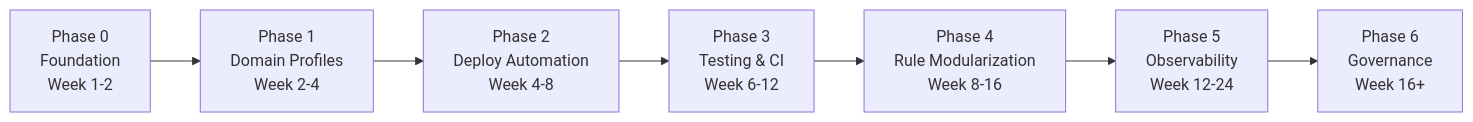
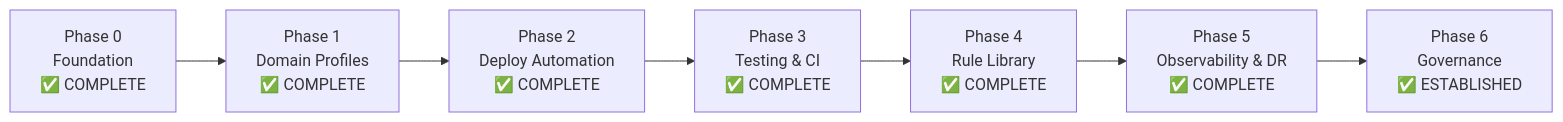
One commit to atenatiwosgetachew1-ET/Linkx-Backend_Beta_v1 changed the second of 2 diagrams in docs/multi_domain_development_strategy.md. Above: the diagram before and after it, drawn with Mermaid. The commit also changed other lines of this file and 10 other files, not shown here.

First line of the commit message:
phase-5-and-6: observability, disaster recovery, and multi-domain governance

````diff
--- a/docs/multi_domain_development_strategy.md
+++ b/docs/multi_domain_development_strategy.md
@@ -590,9 +594,9 @@
 ```mermaid
 flowchart LR
-    P0["Phase 0\nFoundation\nWeek 1-2"] --> P1["Phase 1\nDomain Profiles\nWeek 2-4"]
-    P1 --> P2["Phase 2\nDeploy Automation\nWeek 4-8"]
-    P2 --> P3["Phase 3\nTesting & CI\nWeek 6-12"]
-    P3 --> P4["Phase 4\nRule Modularization\nWeek 8-16"]
-    P4 --> P5["Phase 5\nObservability\nWeek 12-24"]
-    P5 --> P6["Phase 6\nGovernance\nWeek 16+"]
+    P0["Phase 0<br/>Foundation<br/>✅ COMPLETE"] --> P1["Phase 1<br/>Domain Profiles<br/>✅ COMPLETE"]
+    P1 --> P2["Phase 2<br/>Deploy Automation<br/>✅ COMPLETE"]
+    P2 --> P3["Phase 3<br/>Testing & CI<br/>✅ COMPLETE"]
+    P3 --> P4["Phase 4<br/>Rule Library<br/>✅ COMPLETE"]
+    P4 --> P5["Phase 5<br/>Observability & DR<br/>✅ COMPLETE"]
+    P5 --> P6["Phase 6<br/>Governance<br/>✅ ESTABLISHED"]
 ```
````
